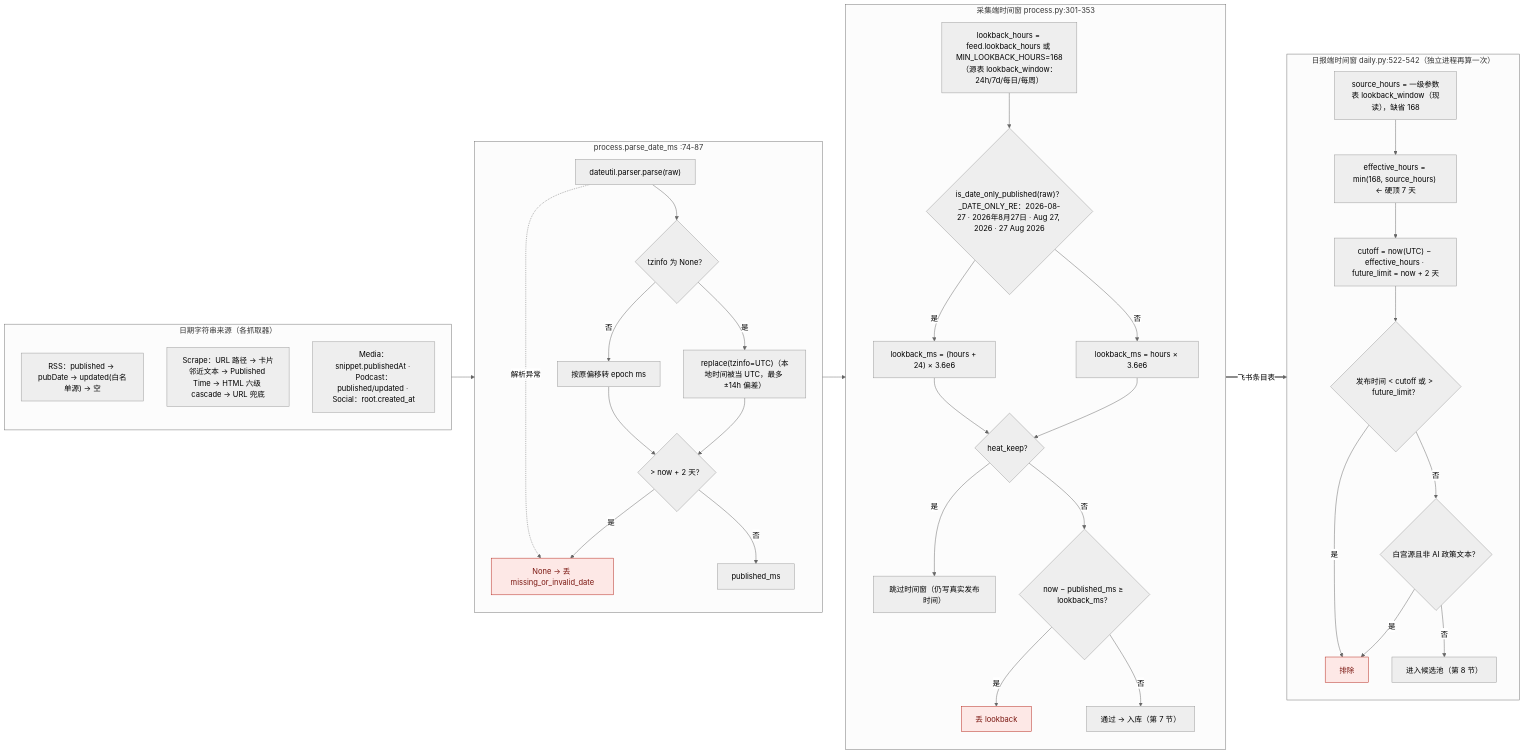
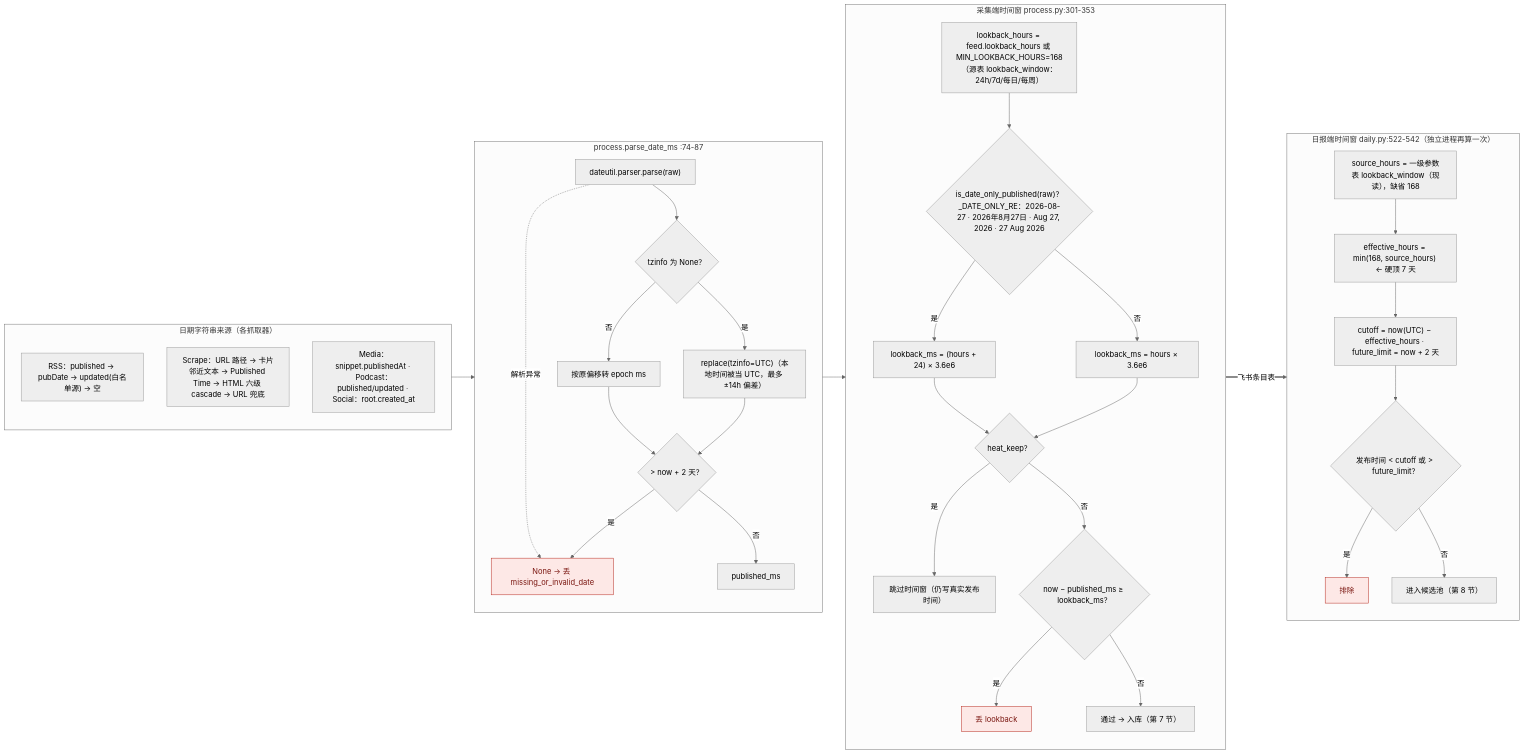
Before and after one commit to bruceyan1028/feishu-ai-signal: the diagram in docs/mermaid-src/6-date-window.mmd, drawn with Mermaid (neutral theme). The commit also changed 11 other files, not shown here.

```diff
--- a/docs/mermaid-src/6-date-window.mmd
+++ b/docs/mermaid-src/6-date-window.mmd
@@ -1,49 +1,47 @@
 flowchart LR
   subgraph SRC["日期字符串来源（各抓取器）"]
     direction TB
     R1["RSS：published → pubDate → updated(白名单源) → 空"]
     R2["Scrape：URL 路径 → 卡片邻近文本 → Published Time → HTML 六级 cascade → URL 兜底"]
     R3["Media：snippet.publishedAt · Podcast：published/updated · Social：root.created_at"]
   end
   subgraph PARSE["process.parse_date_ms :74-87"]
     direction TB
     A1["dateutil.parser.parse(raw)"]
     A2{"tzinfo 为 None？"}
     A2 -->|是| A3["replace(tzinfo=UTC)（本地时间被当 UTC，最多 ±14h 偏差）"]
     A2 -->|否| A4["按原偏移转 epoch ms"]
     A3 & A4 --> A5{"> now + 2 天？"}
     A5 -->|是| A6["None → 丢 missing_or_invalid_date"]
     A5 -->|否| A7["published_ms"]
     A1 --> A2
     A1 -.解析异常.-> A6
   end
   subgraph WIN1["采集端时间窗 process.py:301-353"]
     direction TB
     W1["lookback_hours = feed.lookback_hours 或 MIN_LOOKBACK_HOURS=168<br/>（源表 lookback_window：24h/7d/每日/每周）"]
     W2{"is_date_only_published(raw)？<br/>_DATE_ONLY_RE：2026-08-27 · 2026年8月27日 · Aug 27, 2026 · 27 Aug 2026"}
     W2 -->|是| W3["lookback_ms = (hours + 24) × 3.6e6"]
     W2 -->|否| W4["lookback_ms = hours × 3.6e6"]
     W3 & W4 --> W5{"heat_keep？"}
     W5 -->|是| W7["跳过时间窗（仍写真实发布时间）"]
     W5 -->|否| W6{"now − published_ms ≥ lookback_ms？"}
     W6 -->|是| W8["丢 lookback"]
     W6 -->|否| W9["通过 → 入库（第 7 节）"]
     W1 --> W2
   end
   subgraph WIN2["日报端时间窗 daily.py:522-542（独立进程再算一次）"]
     direction TB
     Y1["source_hours = 一级参数表 lookback_window（现读），缺省 168"]
     Y2["effective_hours = min(168, source_hours) ← 硬顶 7 天"]
     Y3["cutoff = now(UTC) − effective_hours · future_limit = now + 2 天"]
     Y4{"发布时间 < cutoff 或 > future_limit？"}
     Y4 -->|是| Y5["排除"]
-    Y4 -->|否| Y6{"白宫源且非 AI 政策文本？"}
-    Y6 -->|是| Y5
-    Y6 -->|否| Y7["进入候选池（第 8 节）"]
+    Y4 -->|否| Y7["进入候选池（第 8 节）"]
     Y1 --> Y2 --> Y3 --> Y4
   end
   SRC --> PARSE
   A7 --> WIN1
   W9 ==> |飞书条目表| WIN2
   classDef drop fill:#fde8e6,stroke:#b42318,color:#7a1610;
   class A6,W8,Y5 drop;
```
